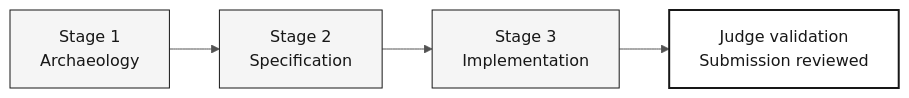
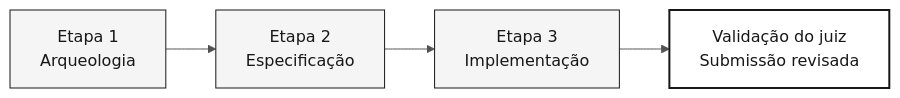
One commit to serpro-workshop-floripa/sifap-workshop-paula-00 changed the diagram in docs/DOC-STYLE-GUIDE.md. Above: the diagram before and after it, drawn with Mermaid. The commit also changed other lines of this file and 93 other files, not shown here.

````diff
--- a/docs/DOC-STYLE-GUIDE.md
+++ b/docs/DOC-STYLE-GUIDE.md
@@ -149,12 +151,12 @@
 ```mermaid
 %%{init: {'theme':'neutral','themeVariables':{'fontFamily':'ui-sans-serif, system-ui, sans-serif','primaryColor':'#F5F5F5','primaryTextColor':'#171717','primaryBorderColor':'#171717','lineColor':'#525252','secondaryColor':'#FFFFFF','tertiaryColor':'#FAFAFA','background':'#FFFFFF'}}}%%
 flowchart LR
     classDef step fill:#F5F5F5,stroke:#171717,color:#171717
     classDef alt fill:#FFFFFF,stroke:#525252,color:#171717
     classDef muted fill:#FAFAFA,stroke:#A3A3A3,color:#404040
     classDef result fill:#FFFFFF,stroke:#171717,color:#171717,stroke-width:2px
 
-    A["Stage 1<br/>Archaeology"]:::step --> B["Stage 2<br/>Specification"]:::step
-    B --> C["Stage 3<br/>Implementation"]:::step
-    C --> D["Judge validation<br/>Submission reviewed"]:::result
+    A["Etapa 1<br/>Arqueologia"]:::step --> B["Etapa 2<br/>Especificação"]:::step
+    B --> C["Etapa 3<br/>Implementação"]:::step
+    C --> D["Validação do juiz<br/>Submissão revisada"]:::result
 ```
````
